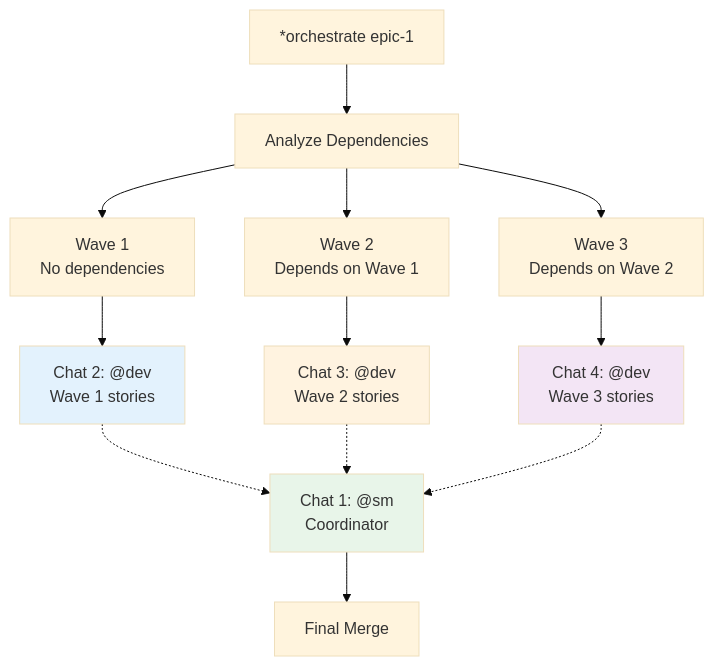
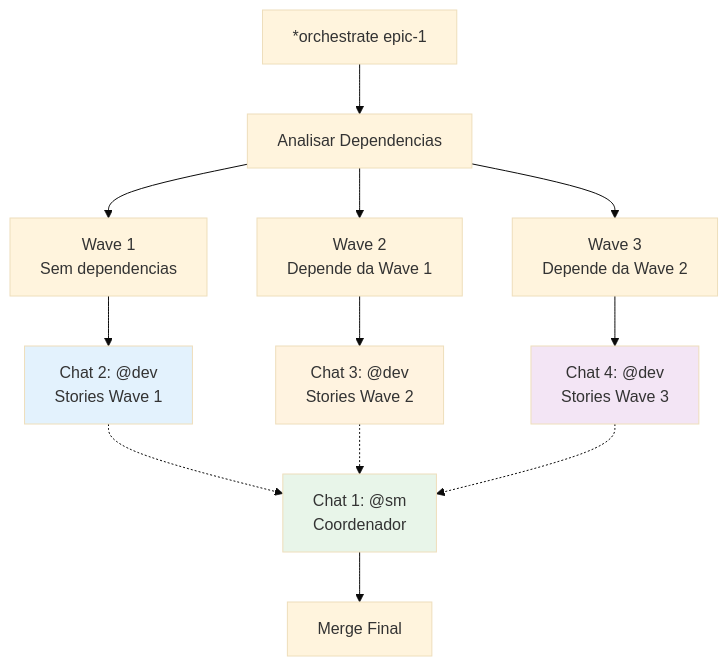
The third of 3 diagrams in squads/navigator/README.md (SynkraAI/aios-core), drawn with Mermaid (base theme) before and after one commit. The commit also changed other lines of this file, not shown here.

````diff
--- a/squads/navigator/README.md
+++ b/squads/navigator/README.md
@@ -292,23 +300,23 @@
 ```mermaid
 graph TB
-    Orchestrate[*orchestrate epic-1] --> Analyze[Analyze Dependencies]
+    Orchestrate[*orchestrate epic-1] --> Analyze[Analisar Dependencias]
 
-    Analyze --> W1[Wave 1<br/>No dependencies]
-    Analyze --> W2[Wave 2<br/>Depends on Wave 1]
-    Analyze --> W3[Wave 3<br/>Depends on Wave 2]
+    Analyze --> W1[Wave 1<br/>Sem dependencias]
+    Analyze --> W2[Wave 2<br/>Depende da Wave 1]
+    Analyze --> W3[Wave 3<br/>Depende da Wave 2]
 
-    W1 --> Chat2[Chat 2: @dev<br/>Wave 1 stories]
-    W2 --> Chat3[Chat 3: @dev<br/>Wave 2 stories]
-    W3 --> Chat4[Chat 4: @dev<br/>Wave 3 stories]
+    W1 --> Chat2[Chat 2: @dev<br/>Stories Wave 1]
+    W2 --> Chat3[Chat 3: @dev<br/>Stories Wave 2]
+    W3 --> Chat4[Chat 4: @dev<br/>Stories Wave 3]
 
-    Chat2 -.-> Chat1[Chat 1: @sm<br/>Coordinator]
+    Chat2 -.-> Chat1[Chat 1: @sm<br/>Coordenador]
     Chat3 -.-> Chat1
     Chat4 -.-> Chat1
 
-    Chat1 --> Merge[Final Merge]
+    Chat1 --> Merge[Merge Final]
 
     style Chat1 fill:#E8F5E9
     style Chat2 fill:#E3F2FD
     style Chat3 fill:#FFF3E0
     style Chat4 fill:#F3E5F5
 ```
````
